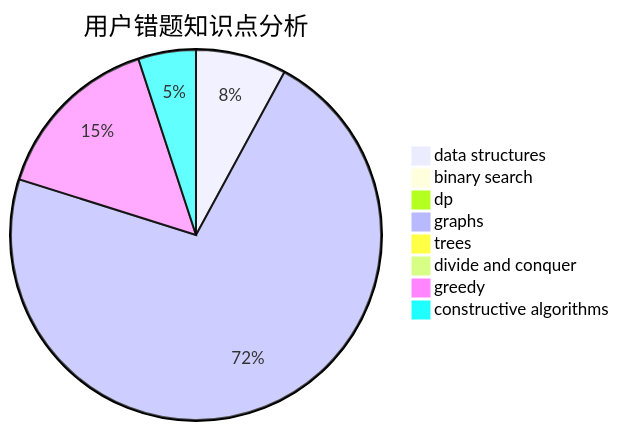
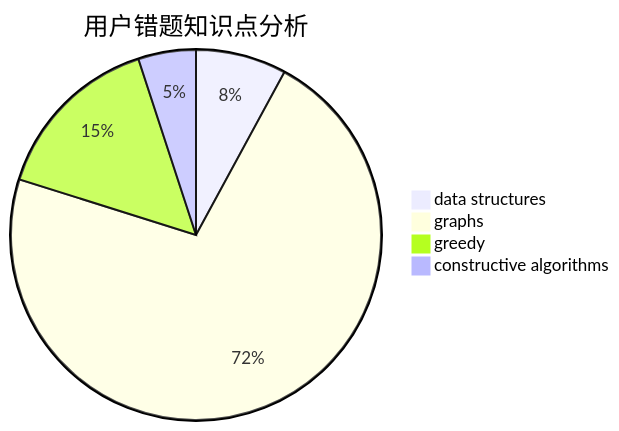
One commit to sherpahu/cfrs.github.io changed the third of 3 diagrams in docs/user/u277.md. Above: the diagram before and after it, drawn with Mermaid. The commit also changed other lines of this file and 2770 other files, not shown here.

````diff
--- a/docs/user/u277.md
+++ b/docs/user/u277.md
@@ -31,11 +26,7 @@
 ```mermaid
 pie title 用户错题知识点分析
     "data structures" :  11
-    "binary search" :  0
-    "dp" :  0
     "graphs" :  100
-    "trees" :  0
-    "divide and conquer" :  0
     "greedy" :  21
     "constructive algorithms" :  7
 ```
````
